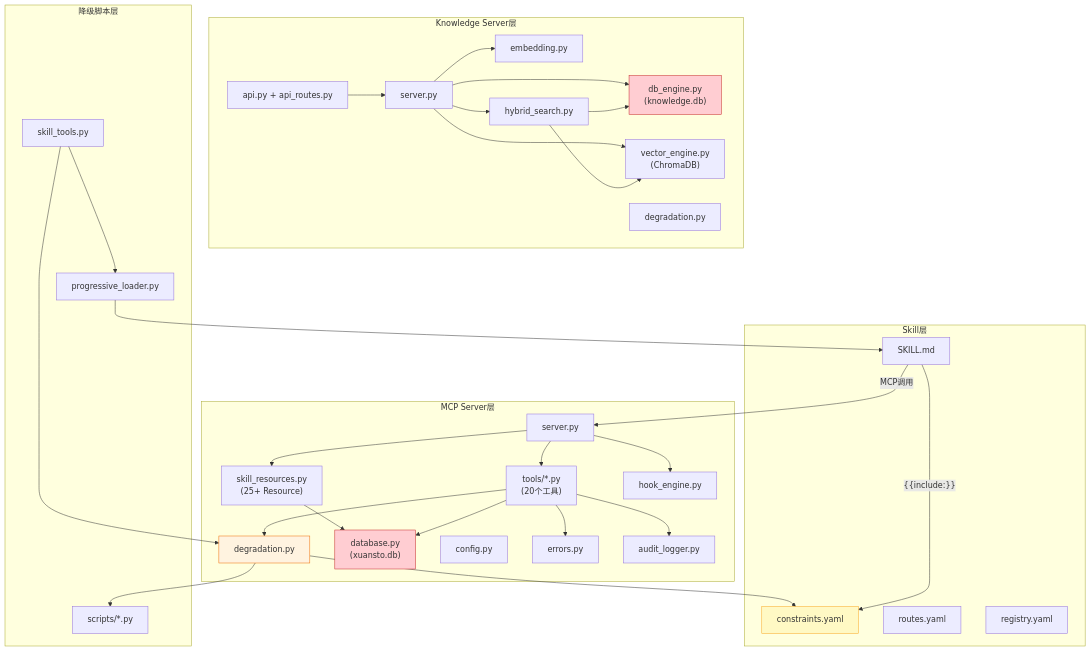
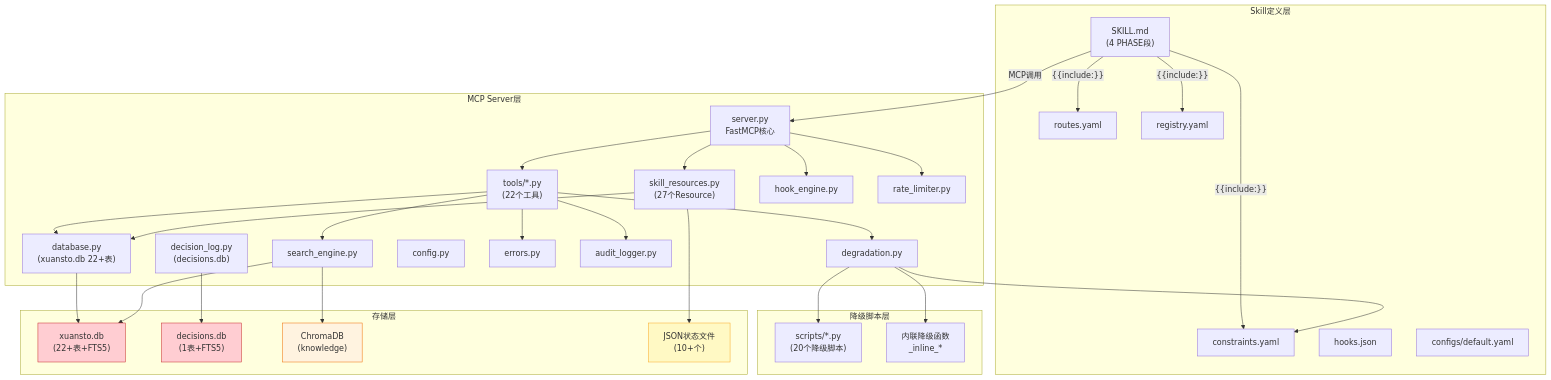
The first of 12 diagrams in docs/plan/REFACTOR_PLAN.md (xuanyuanchumo/xuansto), drawn with Mermaid before and after one commit. The commit also changed other lines of this file and 34 other files, not shown here.

````diff
--- a/docs/plan/REFACTOR_PLAN.md
+++ b/docs/plan/REFACTOR_PLAN.md
@@ -83,67 +124,66 @@
 ```mermaid
 graph TB
-    subgraph "Skill层"
-        SKILL["SKILL.md"]
+    subgraph "Skill定义层"
+        SKILL["SKILL.md<br/>(4 PHASE段)"]
         CONSTRAINTS["constraints.yaml"]
         ROUTES["routes.yaml"]
         REGISTRY["registry.yaml"]
+        HOOKS["hooks.json"]
+        CONFIGS["configs/default.yaml"]
     end
 
     subgraph "MCP Server层"
-        SERVER["server.py"]
-        TOOLS["tools/*.py<br/>(20个工具)"]
-        RESOURCES["skill_resources.py<br/>(25+ Resource)"]
+        SERVER["server.py<br/>FastMCP核心"]
+        TOOLS["tools/*.py<br/>(22个工具)"]
+        RESOURCES["skill_resources.py<br/>(27个Resource)"]
         HOOK["hook_engine.py"]
         DEGR["degradation.py"]
-        DB_CORE["database.py<br/>(xuansto.db)"]
+        DB_CORE["database.py<br/>(xuansto.db 22+表)"]
+        DB_DEC["decision_log.py<br/>(decisions.db)"]
         CONFIG["config.py"]
         ERR["errors.py"]
         AUDIT["audit_logger.py"]
-    end
-
-    subgraph "Knowledge Server层"
-        KB_SERVER["server.py"]
-        KB_API["api.py + api_routes.py"]
-        KB_DB["db_engine.py<br/>(knowledge.db)"]
-        KB_VECTOR["vector_engine.py<br/>(ChromaDB)"]
-        KB_EMBED["embedding.py"]
-        KB_DEGR["degradation.py"]
-        KB_SEARCH["hybrid_search.py"]
+        RATE["rate_limiter.py"]
+        SEARCH["search_engine.py"]
     end
 
     subgraph "降级脚本层"
-        SCRIPTS["scripts/*.py"]
-        PROG_LOADER["progressive_loader.py"]
-        SKILL_TOOLS["skill_tools.py"]
+        SCRIPTS["scripts/*.py<br/>(20个降级脚本)"]
+        INLINE["内联降级函数<br/>_inline_*"]
+    end
+
+    subgraph "存储层"
+        SQLITE["xuansto.db<br/>(22+表+FTS5)"]
+        DECISIONS["decisions.db<br/>(1表+FTS5)"]
+        CHROMA["ChromaDB<br/>(knowledge)"]
+        JSON_FILES["JSON状态文件<br/>(10+个)"]
     end
 
     SKILL -->|"{{include:}}"| CONSTRAINTS
+    SKILL -->|"{{include:}}"| ROUTES
+    SKILL -->|"{{include:}}"| REGISTRY
     SKILL -->|"MCP调用"| SERVER
     SERVER --> TOOLS
     SERVER --> RESOURCES
     SERVER --> HOOK
+    SERVER --> RATE
     TOOLS --> DB_CORE
     TOOLS --> DEGR
     TOOLS --> ERR
     TOOLS --> AUDIT
+    TOOLS --> SEARCH
     RESOURCES --> DB_CORE
+    RESOURCES --> JSON_FILES
     DEGR --> SCRIPTS
+    DEGR --> INLINE
     DEGR --> CONSTRAINTS
+    DB_CORE --> SQLITE
+    DB_DEC --> DECISIONS
+    SEARCH --> CHROMA
+    SEARCH --> SQLITE
 
-    KB_SERVER --> KB_DB
-    KB_SERVER --> KB_VECTOR
-    KB_SERVER --> KB_EMBED
-    KB_SERVER --> KB_SEARCH
-    KB_API --> KB_SERVER
-    KB_SEARCH --> KB_DB
-    KB_SEARCH --> KB_VECTOR
-
-    SKILL_TOOLS --> PROG_LOADER
-    SKILL_TOOLS --> DEGR
-    PROG_LOADER --> SKILL
-
-    style DB_CORE fill:#ffcdd2,stroke:#c62828
-    style KB_DB fill:#ffcdd2,stroke:#c62828
-    style DEGR fill:#fff3e0,stroke:#ef6c00
-    style CONSTRAINTS fill:#fff9c4,stroke:#f9a825
+    style SQLITE fill:#ffcdd2,stroke:#c62828
+    style DECISIONS fill:#ffcdd2,stroke:#c62828
+    style CHROMA fill:#fff3e0,stroke:#ef6c00
+    style JSON_FILES fill:#fff9c4,stroke:#f9a825
 ```
````
